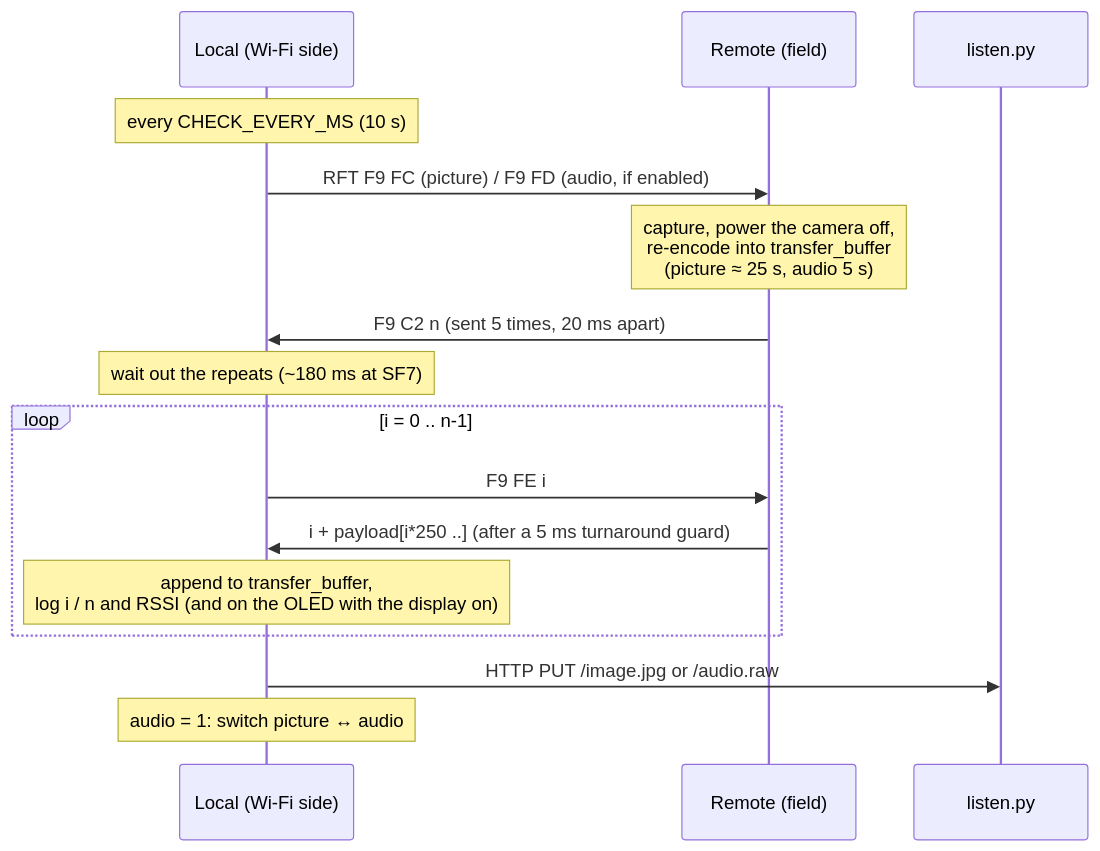
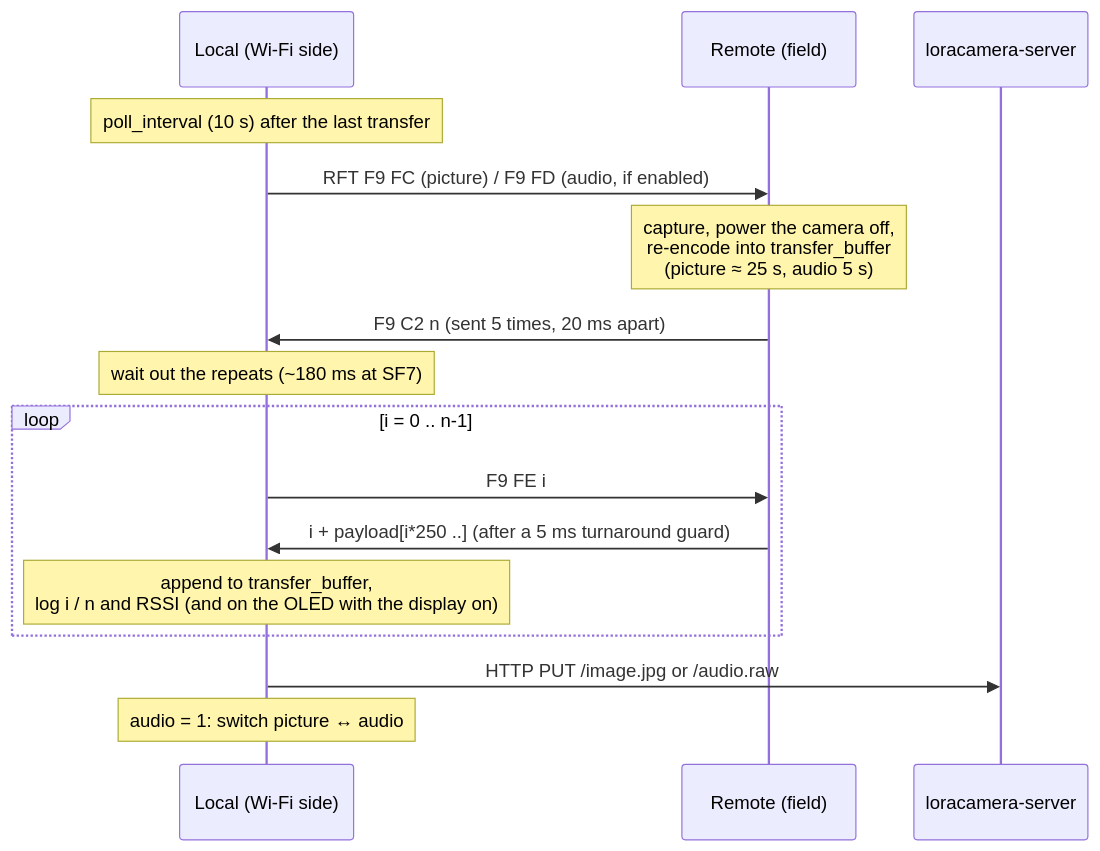
The first of 2 diagrams in docs/protocol.md (gfnord/loracamera), drawn with Mermaid before and after one commit. The commit also changed other lines of this file and 20 other files, not shown here.

````diff
--- a/docs/protocol.md
+++ b/docs/protocol.md
@@ -21,18 +21,18 @@
 ```mermaid
 sequenceDiagram
     participant L as Local (Wi-Fi side)
     participant R as Remote (field)
-    participant S as listen.py
-    Note over L: every CHECK_EVERY_MS (10 s)
+    participant S as loracamera-server
+    Note over L: poll_interval (10 s) after the last transfer
     L->>R: RFT F9 FC (picture) / F9 FD (audio, if enabled)
     Note over R: capture, power the camera off,<br/>re-encode into transfer_buffer<br/>(picture ≈ 25 s, audio 5 s)
     R->>L: F9 C2 n (sent 5 times, 20 ms apart)
     Note over L: wait out the repeats (~180 ms at SF7)
     loop i = 0 .. n-1
         L->>R: F9 FE i
         R->>L: i + payload[i*250 ..] (after a 5 ms turnaround guard)
         Note over L: append to transfer_buffer,<br/>log i / n and RSSI (and on the OLED with the display on)
     end
     L->>S: HTTP PUT /image.jpg or /audio.raw
     Note over L: audio = 1: switch picture ↔ audio
 ```
````
